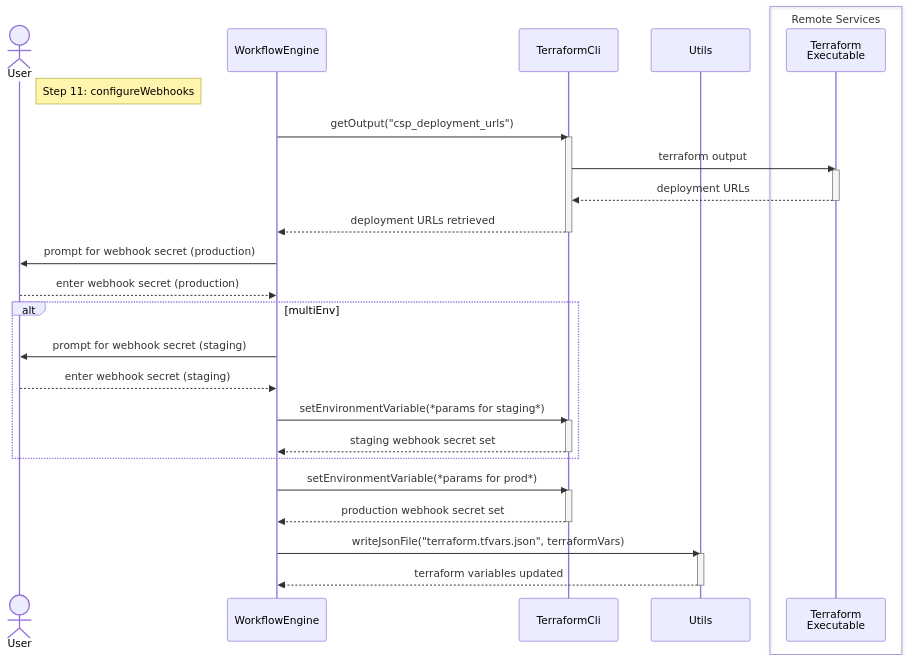
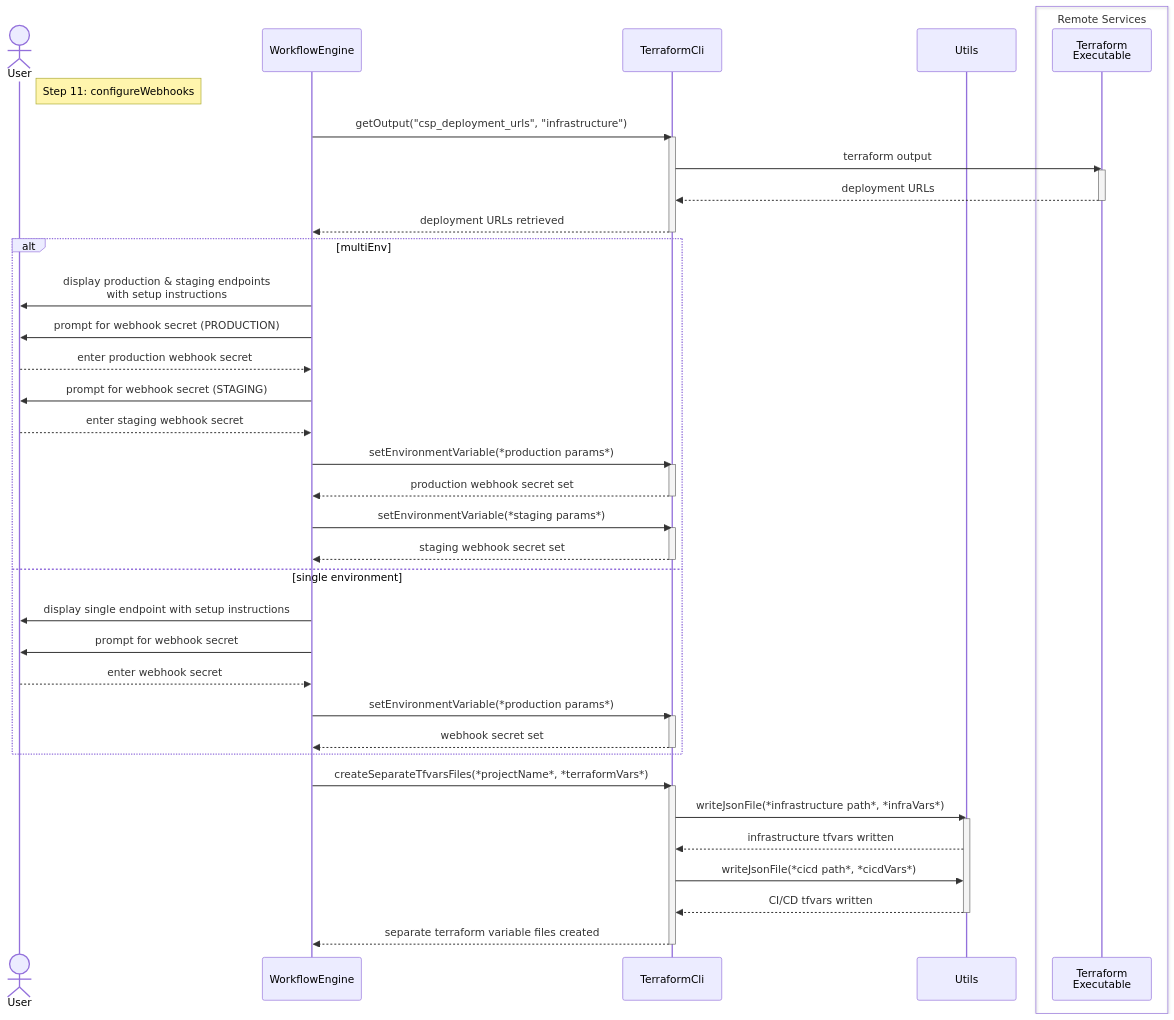
One commit to oscarmarcussen/master_diagram changed the diagram in sequence_diagrams/11_configureWebhooks.mmd. Above: the diagram before and after it, drawn with Mermaid. The commit also changed other lines of this file and 1 other file, not shown here.

```diff
--- a/sequence_diagrams/11_configureWebhooks.mmd
+++ b/sequence_diagrams/11_configureWebhooks.mmd
@@ -1,47 +1,64 @@
 ---
 config:
   theme: default
   look: classic
 ---
 sequenceDiagram
     actor User
     participant WE as WorkflowEngine
     participant TF as TerraformCli
     participant Utils
     
     box Remote Services
     participant TFExec as Terraform<br>Executable
     end
     
     note right of User: Step 11: configureWebhooks
-    WE->>TF: getOutput("csp_deployment_urls")
+    WE->>TF: getOutput("csp_deployment_urls", "infrastructure")
     activate TF
     TF->>TFExec: terraform output
     activate TFExec
     TFExec-->>TF: deployment URLs
     deactivate TFExec
     TF-->>WE: deployment URLs retrieved
     deactivate TF
     
-    WE->>User: prompt for webhook secret (production)
-    User-->>WE: enter webhook secret (production)
-
     alt multiEnv
-        WE->>User: prompt for webhook secret (staging)
-        User-->>WE: enter webhook secret (staging)
+        WE->>User: display production & staging endpoints<br>with setup instructions
+        WE->>User: prompt for webhook secret (PRODUCTION)
+        User-->>WE: enter production webhook secret
         
-        WE->>TF: setEnvironmentVariable(*params for staging*)
+        WE->>User: prompt for webhook secret (STAGING)
+        User-->>WE: enter staging webhook secret
+        
+        WE->>TF: setEnvironmentVariable(*production params*)
+        activate TF
+        TF-->>WE: production webhook secret set
+        deactivate TF
+        
+        WE->>TF: setEnvironmentVariable(*staging params*)
         activate TF
         TF-->>WE: staging webhook secret set
         deactivate TF
+        
+    else single environment
+        WE->>User: display single endpoint with setup instructions
+        WE->>User: prompt for webhook secret
+        User-->>WE: enter webhook secret
+        
+        WE->>TF: setEnvironmentVariable(*production params*)
+        activate TF
+        TF-->>WE: webhook secret set
+        deactivate TF
     end
-
-    WE->>TF: setEnvironmentVariable(*params for prod*)
+    
+    WE->>TF: createSeparateTfvarsFiles(*projectName*, *terraformVars*)
     activate TF
-    TF-->>WE: production webhook secret set
+    TF->>Utils: writeJsonFile(*infrastructure path*, *infraVars*)
+    activate Utils
+    Utils-->>TF: infrastructure tfvars written
+    TF->>Utils: writeJsonFile(*cicd path*, *cicdVars*)
+    Utils-->>TF: CI/CD tfvars written
+    deactivate Utils
+    TF-->>WE: separate terraform variable files created
     deactivate TF
-    
-    WE->>Utils: writeJsonFile("terraform.tfvars.json", terraformVars)
-    activate Utils
-    Utils-->>WE: terraform variables updated
-    deactivate Utils
```
